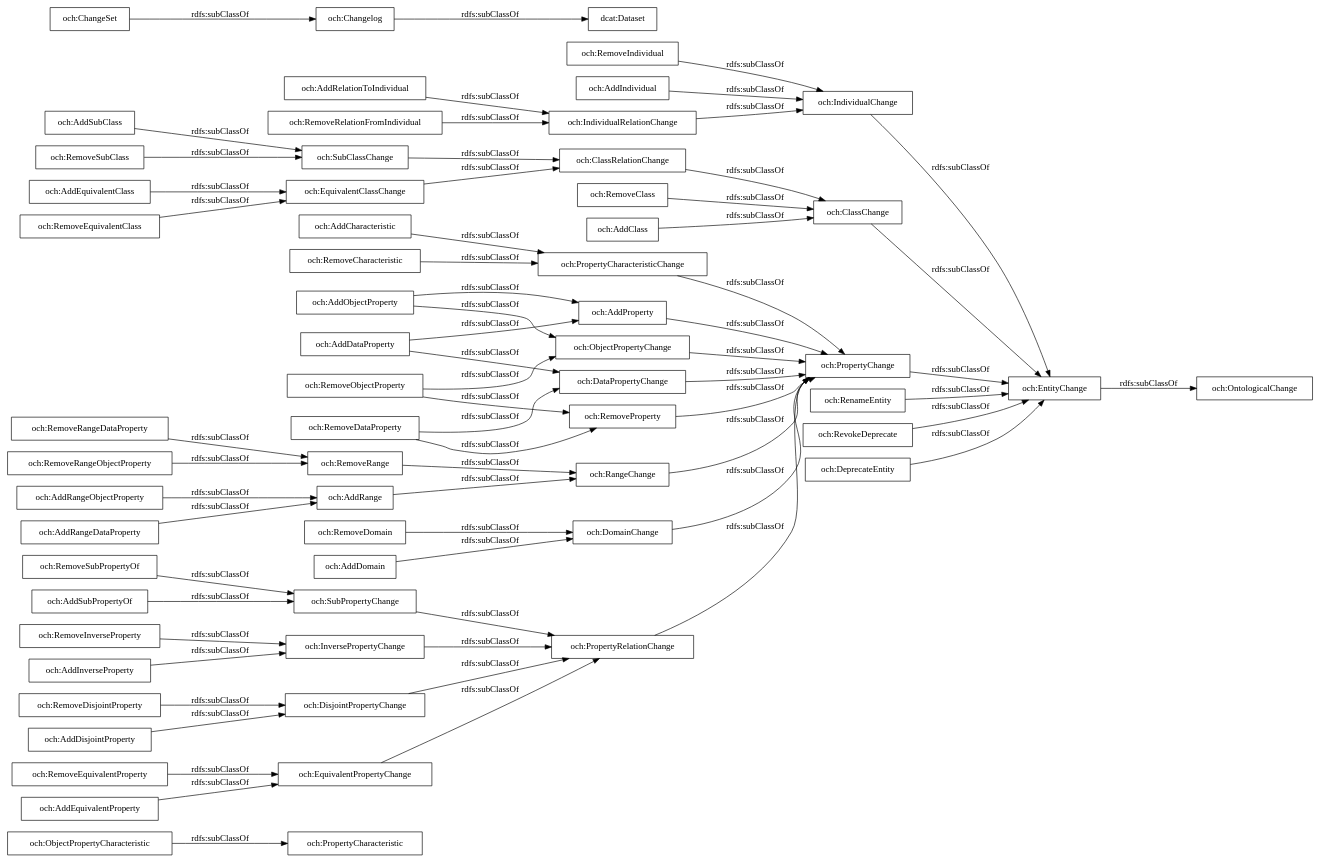
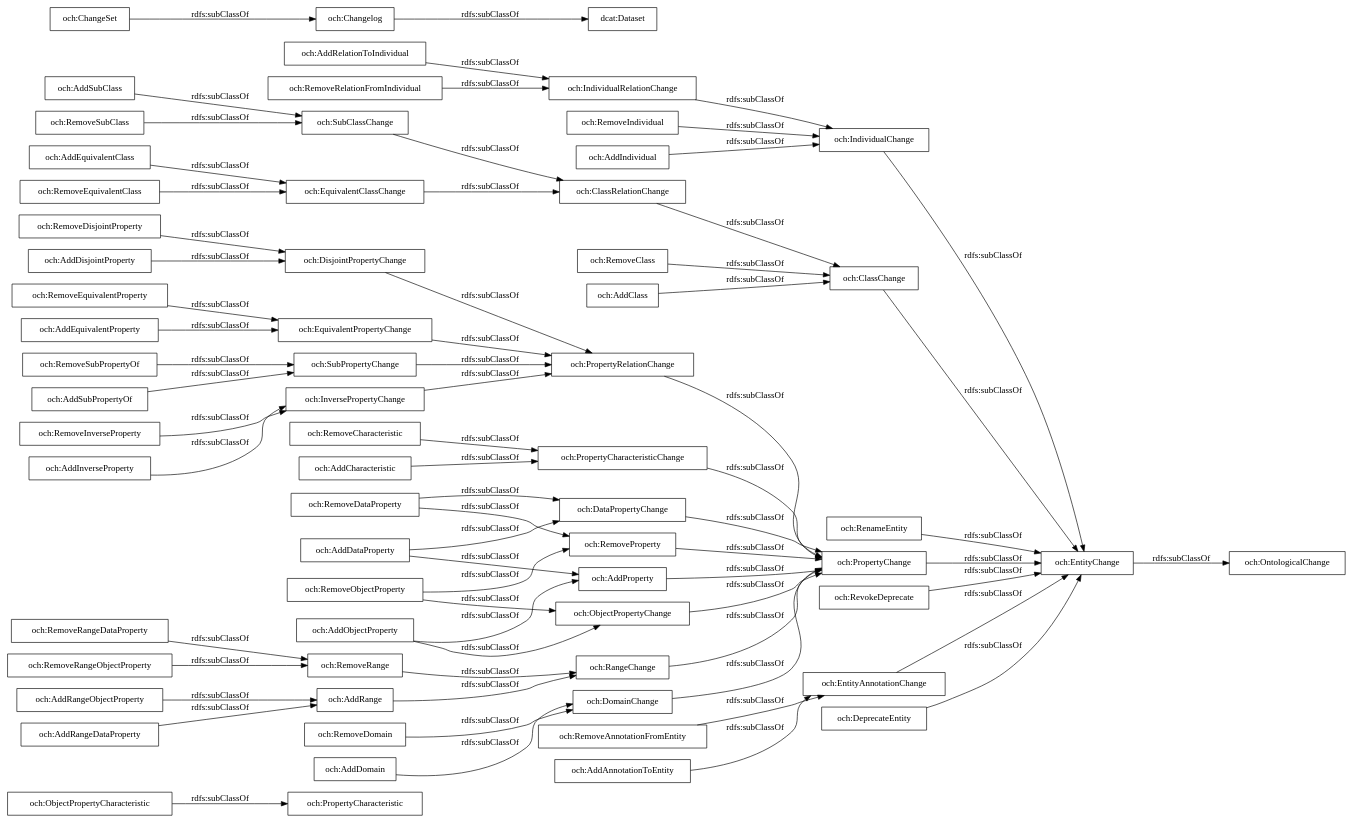
One commit to oeg-upm/OWLChangeOntology changed the diagram in OnToology/ontology/och_ontology_3.0.ttl/diagrams/ar2dtool-taxonomy/och_ontology_3.0.ttl.png.dot. Above: the diagram before and after it, drawn with Graphviz. The commit also changed 10 other files, not shown here.

```diff
--- a/OnToology/ontology/och_ontology_3.0.ttl/diagrams/ar2dtool-taxonomy/och_ontology_3.0.ttl.png.dot
+++ b/OnToology/ontology/och_ontology_3.0.ttl/diagrams/ar2dtool-taxonomy/och_ontology_3.0.ttl.png.dot
@@ -1,68 +1,71 @@
 digraph ar2dtool_diagram { 
 rankdir=LR;
 size="1000"
-node [shape = rectangle, color="black"]; "och:PropertyCharacteristic" "och:RemoveObjectProperty" "och:RemoveCharacteristic" "och:RemoveIndividual" "och:AddIndividual" "och:RemoveEquivalentProperty" "och:DisjointPropertyChange" "och:PropertyRelationChange" "och:AddRelationToIndividual" "och:IndividualChange" "och:PropertyCharacteristicChange" "och:DataPropertyChange" "och:ClassChange" "och:RangeChange" "och:RemoveClass" "och:AddSubClass" "och:AddClass" "och:RemoveDataProperty" "och:RenameEntity" "och:PropertyChange" "och:EquivalentPropertyChange" "och:ObjectPropertyChange" "och:RevokeDeprecate" "och:EntityChange" "och:SubClassChange" "och:RemoveDisjointProperty" "och:AddRangeObjectProperty" "och:AddProperty" "och:ChangeSet" "och:AddEquivalentClass" "och:AddCharacteristic" "och:RemoveInverseProperty" "och:RemoveEquivalentClass" "och:RemoveDomain" "och:AddDisjointProperty" "och:Changelog" "och:RemoveSubClass" "och:AddInverseProperty" "och:DeprecateEntity" "och:RemoveRelationFromIndividual" "och:AddEquivalentProperty" "och:SubPropertyChange" "och:RemoveProperty" "och:ClassRelationChange" "och:AddDataProperty" "och:DomainChange" "och:EquivalentClassChange" "och:IndividualRelationChange" "och:AddObjectProperty" "och:RemoveRange" "dcat:Dataset" "och:RemoveSubPropertyOf" "och:AddDomain" "och:AddSubPropertyOf" "och:AddRange" "och:InversePropertyChange" "och:OntologicalChange" "och:AddRangeDataProperty" "och:ObjectPropertyCharacteristic" "och:RemoveRangeDataProperty" "och:RemoveRangeObjectProperty" ; /*classes style*/
+node [shape = rectangle, color="black"]; "och:PropertyCharacteristic" "och:RemoveObjectProperty" "och:RemoveCharacteristic" "och:RemoveIndividual" "och:AddIndividual" "och:RemoveEquivalentProperty" "och:DisjointPropertyChange" "och:PropertyRelationChange" "och:AddRelationToIndividual" "och:IndividualChange" "och:PropertyCharacteristicChange" "och:DataPropertyChange" "och:ClassChange" "och:RangeChange" "och:RemoveClass" "och:AddSubClass" "och:AddClass" "och:RemoveDataProperty" "och:RenameEntity" "och:PropertyChange" "och:EquivalentPropertyChange" "och:ObjectPropertyChange" "och:RevokeDeprecate" "och:EntityChange" "och:SubClassChange" "och:RemoveDisjointProperty" "och:AddRangeObjectProperty" "och:AddProperty" "och:ChangeSet" "och:AddEquivalentClass" "och:AddCharacteristic" "och:RemoveInverseProperty" "och:EntityAnnotationChange" "och:RemoveEquivalentClass" "och:RemoveDomain" "och:AddDisjointProperty" "och:Changelog" "och:RemoveSubClass" "och:AddInverseProperty" "och:DeprecateEntity" "och:RemoveRelationFromIndividual" "och:AddEquivalentProperty" "och:RemoveAnnotationFromEntity" "och:SubPropertyChange" "och:RemoveProperty" "och:ClassRelationChange" "och:AddDataProperty" "och:DomainChange" "och:AddAnnotationToEntity" "och:EquivalentClassChange" "och:IndividualRelationChange" "och:AddObjectProperty" "och:RemoveRange" "dcat:Dataset" "och:RemoveSubPropertyOf" "och:AddDomain" "och:AddSubPropertyOf" "och:AddRange" "och:InversePropertyChange" "och:OntologicalChange" "och:AddRangeDataProperty" "och:ObjectPropertyCharacteristic" "och:RemoveRangeDataProperty" "och:RemoveRangeObjectProperty" ; /*classes style*/
 	"och:RemoveDomain" -> "och:DomainChange" [ label = "rdfs:subClassOf" ];
 	"och:PropertyChange" -> "och:EntityChange" [ label = "rdfs:subClassOf" ];
 	"och:RemoveRangeObjectProperty" -> "och:RemoveRange" [ label = "rdfs:subClassOf" ];
 	"och:Changelog" -> "dcat:Dataset" [ label = "rdfs:subClassOf" ];
 	"och:PropertyRelationChange" -> "och:PropertyChange" [ label = "rdfs:subClassOf" ];
 	"och:AddCharacteristic" -> "och:PropertyCharacteristicChange" [ label = "rdfs:subClassOf" ];
 	"och:RemoveClass" -> "och:ClassChange" [ label = "rdfs:subClassOf" ];
 	"och:SubClassChange" -> "och:ClassRelationChange" [ label = "rdfs:subClassOf" ];
 	"och:RemoveDataProperty" -> "och:DataPropertyChange" [ label = "rdfs:subClassOf" ];
 	"och:RemoveDataProperty" -> "och:RemoveProperty" [ label = "rdfs:subClassOf" ];
 	"och:RemoveDisjointProperty" -> "och:DisjointPropertyChange" [ label = "rdfs:subClassOf" ];
 	"och:AddRangeObjectProperty" -> "och:AddRange" [ label = "rdfs:subClassOf" ];
 	"och:ChangeSet" -> "och:Changelog" [ label = "rdfs:subClassOf" ];
 	"och:AddObjectProperty" -> "och:AddProperty" [ label = "rdfs:subClassOf" ];
 	"och:AddObjectProperty" -> "och:ObjectPropertyChange" [ label = "rdfs:subClassOf" ];
 	"och:AddIndividual" -> "och:IndividualChange" [ label = "rdfs:subClassOf" ];
 	"och:AddRangeDataProperty" -> "och:AddRange" [ label = "rdfs:subClassOf" ];
 	"och:AddInverseProperty" -> "och:InversePropertyChange" [ label = "rdfs:subClassOf" ];
 	"och:IndividualRelationChange" -> "och:IndividualChange" [ label = "rdfs:subClassOf" ];
+	"och:RemoveAnnotationFromEntity" -> "och:EntityAnnotationChange" [ label = "rdfs:subClassOf" ];
 	"och:DisjointPropertyChange" -> "och:PropertyRelationChange" [ label = "rdfs:subClassOf" ];
 	"och:AddClass" -> "och:ClassChange" [ label = "rdfs:subClassOf" ];
+	"och:EntityAnnotationChange" -> "och:EntityChange" [ label = "rdfs:subClassOf" ];
 	"och:RemoveInverseProperty" -> "och:InversePropertyChange" [ label = "rdfs:subClassOf" ];
 	"och:EntityChange" -> "och:OntologicalChange" [ label = "rdfs:subClassOf" ];
 	"och:AddDataProperty" -> "och:AddProperty" [ label = "rdfs:subClassOf" ];
 	"och:AddDataProperty" -> "och:DataPropertyChange" [ label = "rdfs:subClassOf" ];
 	"och:RemoveEquivalentClass" -> "och:EquivalentClassChange" [ label = "rdfs:subClassOf" ];
 	"och:AddDisjointProperty" -> "och:DisjointPropertyChange" [ label = "rdfs:subClassOf" ];
 	"och:RemoveRange" -> "och:RangeChange" [ label = "rdfs:subClassOf" ];
+	"och:AddAnnotationToEntity" -> "och:EntityAnnotationChange" [ label = "rdfs:subClassOf" ];
 	"och:AddEquivalentProperty" -> "och:EquivalentPropertyChange" [ label = "rdfs:subClassOf" ];
 	"och:RemoveIndividual" -> "och:IndividualChange" [ label = "rdfs:subClassOf" ];
 	"och:RemoveProperty" -> "och:PropertyChange" [ label = "rdfs:subClassOf" ];
 	"och:AddEquivalentClass" -> "och:EquivalentClassChange" [ label = "rdfs:subClassOf" ];
 	"och:DeprecateEntity" -> "och:EntityChange" [ label = "rdfs:subClassOf" ];
 	"och:DataPropertyChange" -> "och:PropertyChange" [ label = "rdfs:subClassOf" ];
 	"och:RemoveSubClass" -> "och:SubClassChange" [ label = "rdfs:subClassOf" ];
 	"och:RemoveEquivalentProperty" -> "och:EquivalentPropertyChange" [ label = "rdfs:subClassOf" ];
 	"och:SubPropertyChange" -> "och:PropertyRelationChange" [ label = "rdfs:subClassOf" ];
 	"och:RenameEntity" -> "och:EntityChange" [ label = "rdfs:subClassOf" ];
 	"och:ObjectPropertyCharacteristic" -> "och:PropertyCharacteristic" [ label = "rdfs:subClassOf" ];
 	"och:PropertyCharacteristicChange" -> "och:PropertyChange" [ label = "rdfs:subClassOf" ];
 	"och:RemoveRangeDataProperty" -> "och:RemoveRange" [ label = "rdfs:subClassOf" ];
 	"och:RevokeDeprecate" -> "och:EntityChange" [ label = "rdfs:subClassOf" ];
 	"och:DomainChange" -> "och:PropertyChange" [ label = "rdfs:subClassOf" ];
 	"och:RemoveObjectProperty" -> "och:ObjectPropertyChange" [ label = "rdfs:subClassOf" ];
 	"och:RemoveObjectProperty" -> "och:RemoveProperty" [ label = "rdfs:subClassOf" ];
 	"och:AddSubPropertyOf" -> "och:SubPropertyChange" [ label = "rdfs:subClassOf" ];
 	"och:AddProperty" -> "och:PropertyChange" [ label = "rdfs:subClassOf" ];
 	"och:EquivalentPropertyChange" -> "och:PropertyRelationChange" [ label = "rdfs:subClassOf" ];
 	"och:ClassRelationChange" -> "och:ClassChange" [ label = "rdfs:subClassOf" ];
 	"och:ClassChange" -> "och:EntityChange" [ label = "rdfs:subClassOf" ];
 	"och:AddRange" -> "och:RangeChange" [ label = "rdfs:subClassOf" ];
 	"och:AddSubClass" -> "och:SubClassChange" [ label = "rdfs:subClassOf" ];
 	"och:AddDomain" -> "och:DomainChange" [ label = "rdfs:subClassOf" ];
 	"och:IndividualChange" -> "och:EntityChange" [ label = "rdfs:subClassOf" ];
 	"och:RemoveSubPropertyOf" -> "och:SubPropertyChange" [ label = "rdfs:subClassOf" ];
 	"och:AddRelationToIndividual" -> "och:IndividualRelationChange" [ label = "rdfs:subClassOf" ];
 	"och:RangeChange" -> "och:PropertyChange" [ label = "rdfs:subClassOf" ];
 	"och:RemoveRelationFromIndividual" -> "och:IndividualRelationChange" [ label = "rdfs:subClassOf" ];
 	"och:InversePropertyChange" -> "och:PropertyRelationChange" [ label = "rdfs:subClassOf" ];
 	"och:ObjectPropertyChange" -> "och:PropertyChange" [ label = "rdfs:subClassOf" ];
 	"och:RemoveCharacteristic" -> "och:PropertyCharacteristicChange" [ label = "rdfs:subClassOf" ];
 	"och:EquivalentClassChange" -> "och:ClassRelationChange" [ label = "rdfs:subClassOf" ];
 
 }
```
